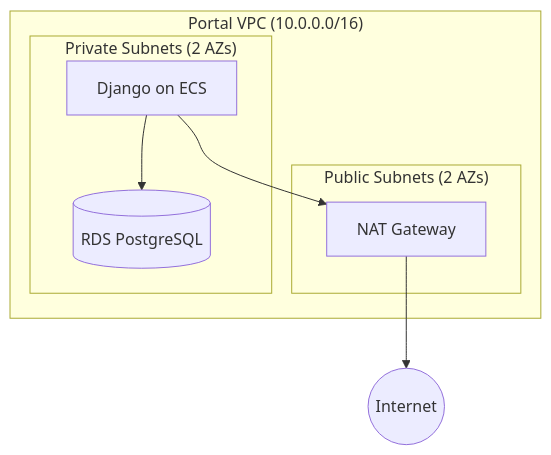
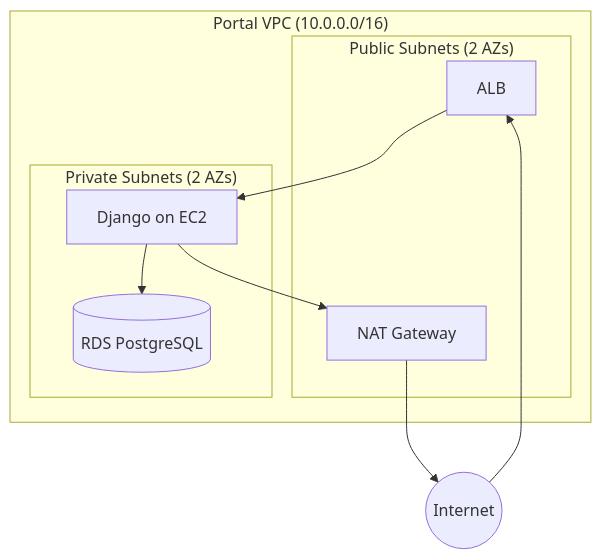
The second of 3 diagrams in docs/architecture.md (PaloAltoNetworks/shifter), drawn with Mermaid before and after one commit. The commit also changed other lines of this file and 5 other files, not shown here.

````diff
--- a/docs/architecture.md
+++ b/docs/architecture.md
@@ -33,15 +33,18 @@
 ```mermaid
 graph TB
     subgraph "Portal VPC (10.0.0.0/16)"
         subgraph "Public Subnets (2 AZs)"
+            ALB[ALB]
             NAT[NAT Gateway]
         end
         subgraph "Private Subnets (2 AZs)"
-            ECS[Django on ECS]
+            EC2[Django on EC2]
             RDS[(RDS PostgreSQL)]
         end
-        ECS --> RDS
-        ECS --> NAT
+        ALB --> EC2
+        EC2 --> RDS
+        EC2 --> NAT
     end
-    NAT --> Internet((Internet))
+    Internet((Internet)) --> ALB
+    NAT --> Internet
 ```
````
